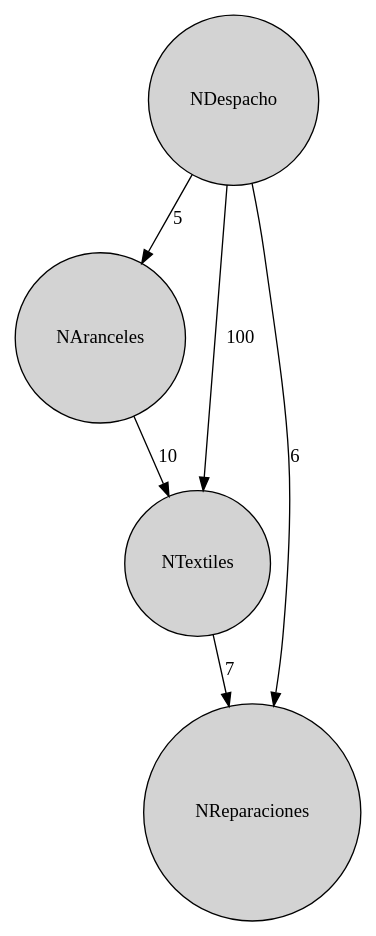
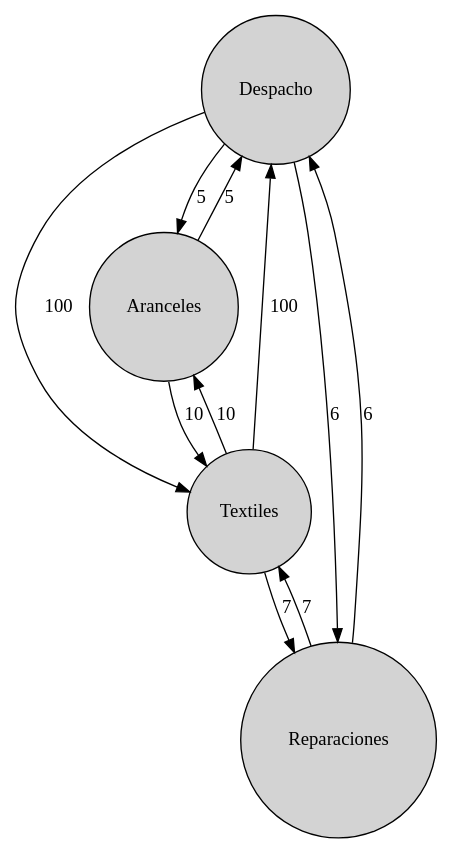
Before and after one commit to Villa01/EDD_VirtualMall_201900907: the diagram in Backend/reportesDot/Grafo.dot, drawn with Graphviz. The commit also changed 15 other files, not shown here.

```diff
--- a/Backend/reportesDot/Grafo.dot
+++ b/Backend/reportesDot/Grafo.dot
@@ -1,13 +1,18 @@
 digraph grafo { 
 	node[shape="record" style="filled" fillcollor="#58D27A"]
-	NDespacho[shape="circle"];
-	NAranceles[shape="circle"];
-	NTextiles[shape="circle"];
-	NReparaciones[shape="circle"];
-NDespacho -> NAranceles[label= "5"];
-NDespacho -> NReparaciones[label= "6"];
-NDespacho -> NTextiles[label= "100"];
-NAranceles -> NTextiles[label= "10"];
-NTextiles -> NReparaciones[label= "7"];
+	Despacho[shape="circle"];
+	Aranceles[shape="circle"];
+	Textiles[shape="circle"];
+	Reparaciones[shape="circle"];
+Despacho ->Aranceles[label= "5"];
+Aranceles ->Despacho[label= "5"];
+Despacho ->Reparaciones[label= "6"];
+Reparaciones ->Despacho[label= "6"];
+Despacho ->Textiles[label= "100"];
+Textiles ->Despacho[label= "100"];
+Aranceles ->Textiles[label= "10"];
+Textiles ->Aranceles[label= "10"];
+Textiles ->Reparaciones[label= "7"];
+Reparaciones ->Textiles[label= "7"];
 
 }
```
